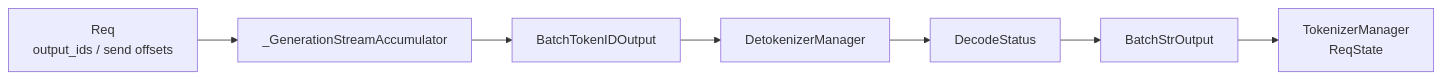
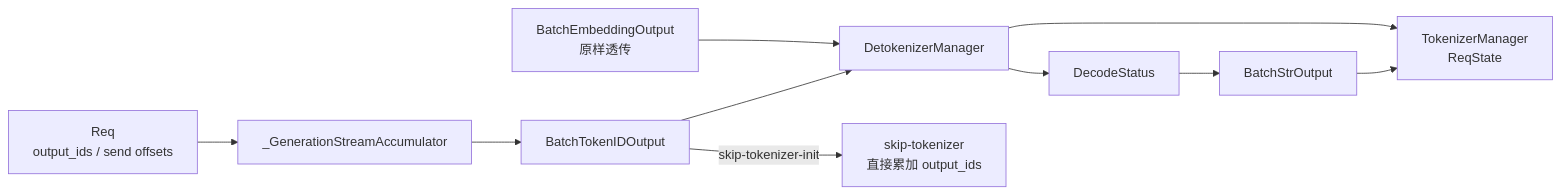
The first of 2 diagrams in sglang_reading/请求调度/Detokenizer/SGLang-Detokenizer-数据流.md (OnlyHero5/sglang-reading-vault), drawn with Mermaid before and after one commit. The commit also changed other lines of this file and 512 other files, not shown here.

````diff
--- a/sglang_reading/请求调度/Detokenizer/SGLang-Detokenizer-数据流.md
+++ b/sglang_reading/请求调度/Detokenizer/SGLang-Detokenizer-数据流.md
@@ -22,13 +22,17 @@
 ```mermaid
 flowchart LR
  REQ["Req<br/>output_ids / send offsets"]
  ACC["_GenerationStreamAccumulator"]
  BTO["BatchTokenIDOutput"]
  DT["DetokenizerManager"]
  DS["DecodeStatus"]
  BSO["BatchStrOutput"]
  RS["TokenizerManager<br/>ReqState"]
+ SKIP["skip-tokenizer<br/>直接累加 output_ids"]
+ EMB["BatchEmbeddingOutput<br/>原样透传"]
 
  REQ --> ACC --> BTO --> DT --> DS
  DS --> BSO --> RS
+ BTO -->|"skip-tokenizer-init"| SKIP
+ EMB --> DT --> RS
 ```
````
